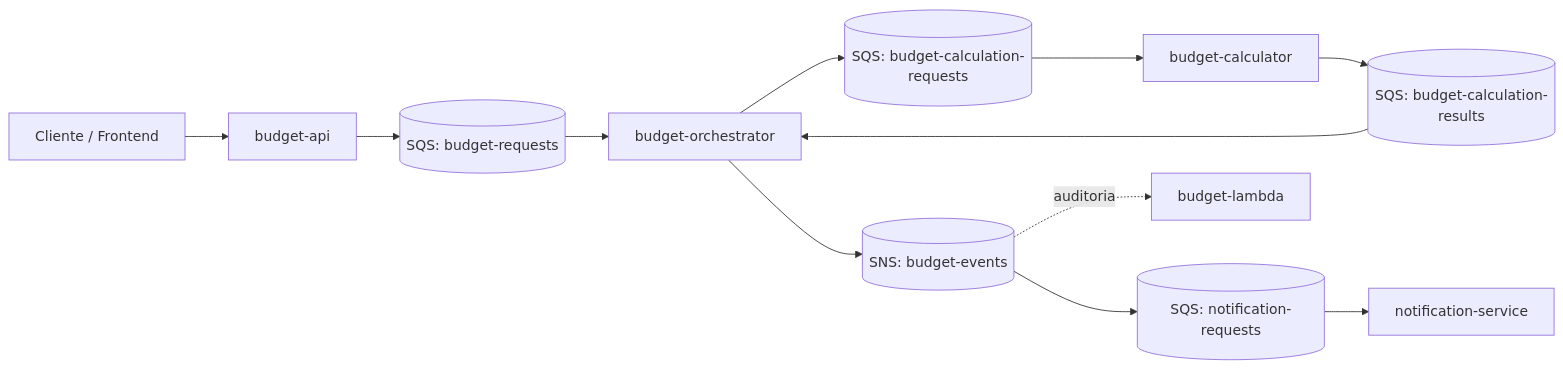
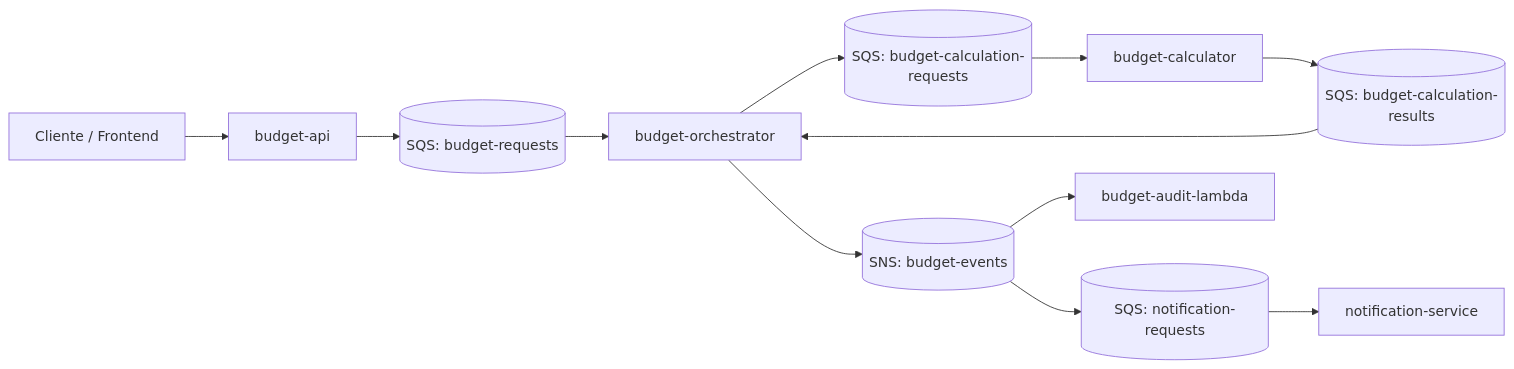
Before and after one commit to RicardoRAlves/Orcamento_Microservice: the first of 4 diagrams in README.md, drawn with Mermaid. The commit also changed other lines of this file and 14 other files, not shown here.

Commit message:
Creating Lambda for audit system

````diff
--- a/README.md
+++ b/README.md
@@ -22,14 +22,14 @@
 ```mermaid
 flowchart LR
     Client[Cliente / Frontend] --> API[budget-api]
     API --> QueueRequests[(SQS: budget-requests)]
     QueueRequests --> Orchestrator[budget-orchestrator]
     Orchestrator --> QueueCalculation[(SQS: budget-calculation-requests)]
     QueueCalculation --> Calculator[budget-calculator]
     Calculator --> QueueResults[(SQS: budget-calculation-results)]
     QueueResults --> Orchestrator
     Orchestrator --> TopicEvents[(SNS: budget-events)]
     TopicEvents --> QueueNotifications[(SQS: notification-requests)]
     QueueNotifications --> Notification[notification-service]
-    TopicEvents -. auditoria .-> Lambda[budget-lambda]
+    TopicEvents --> Lambda[budget-audit-lambda]
 ```
````
